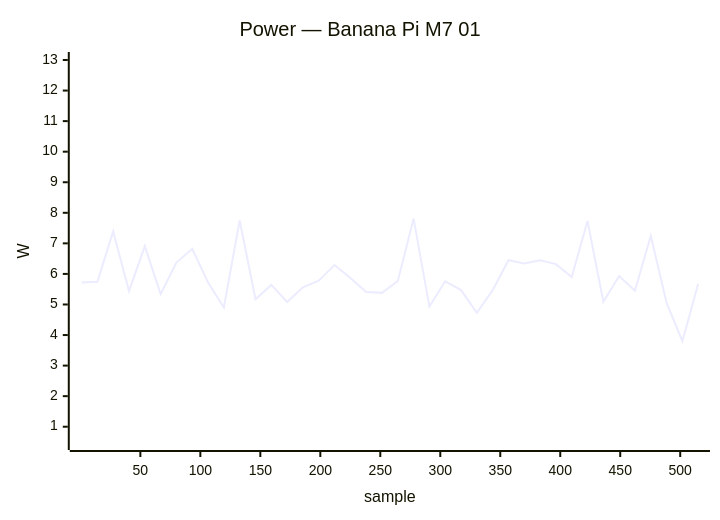
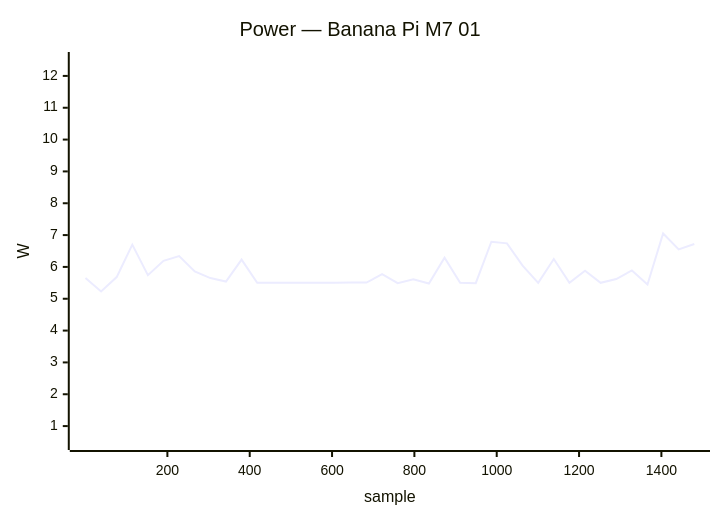
The first of 24 diagrams in docs/status/board-tests.md (armbian/documentation), drawn with Mermaid before and after one commit. The commit also changed other lines of this file, not shown here.

````diff
--- a/docs/status/board-tests.md
+++ b/docs/status/board-tests.md
@@ -132,7 +132,7 @@
     ```mermaid
     xychart-beta
         title "Power — Banana Pi M7 01"
-        x-axis "sample" 1 --> 515
-        y-axis "W" 0.5 --> 13.0
-        line [5.72, 5.74, 7.39, 5.44, 6.91, 5.34, 6.37, 6.82, 5.72, 4.90, 7.75, 5.17, 5.64, 5.08, 5.56, 5.78, 6.29, 5.87, 5.41, 5.38, 5.77, 7.81, 4.93, 5.76, 5.47, 4.73, 5.47, 6.45, 6.34, 6.45, 6.32, 5.90, 7.73, 5.09, 5.93, 5.45, 7.25, 5.05, 3.80, 5.68]
+        x-axis "sample" 1 --> 1480
+        y-axis "W" 0.5 --> 12.5
+        line [5.65, 5.23, 5.68, 6.70, 5.74, 6.19, 6.34, 5.86, 5.65, 5.54, 6.23, 5.50, 5.50, 5.50, 5.50, 5.50, 5.50, 5.51, 5.51, 5.77, 5.49, 5.61, 5.48, 6.29, 5.50, 5.49, 6.79, 6.74, 6.04, 5.50, 6.25, 5.50, 5.88, 5.50, 5.62, 5.89, 5.45, 7.05, 6.55, 6.72]
     ```
````
